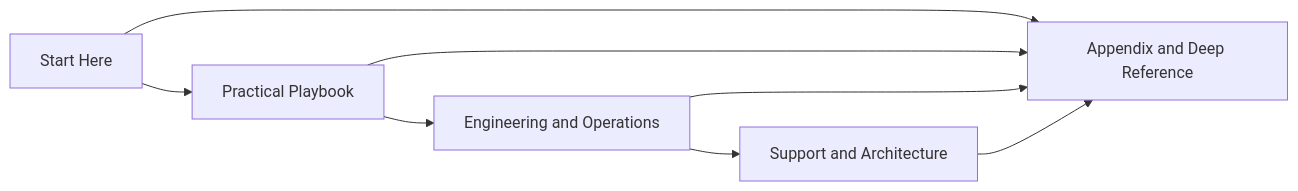
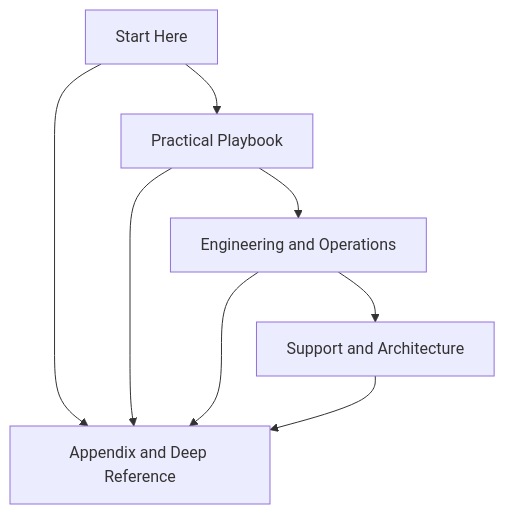
Before and after one commit to Nivratti/ekyc-face-liveness-playbook: the diagram in docs/index.md, drawn with Mermaid. The commit also changed 31 other files, not shown here.

Commit message:
docs: improve mermaid diagram readability by converting wide flows to vertical layouts

````diff
--- a/docs/index.md
+++ b/docs/index.md
@@ -83,10 +83,14 @@
 ```mermaid
-flowchart LR
-    A[Start Here] --> B[Practical Playbook]
-    B --> C[Engineering and Operations]
-    C --> D[Support and Architecture]
-    A --> E[Appendix and Deep Reference]
+flowchart TB
+    A[Start Here]
+    B[Practical Playbook]
+    C[Engineering and Operations]
+    D[Support and Architecture]
+    E[Appendix and Deep Reference]
+
+    A --> B --> C --> D
+    A --> E
     B --> E
     C --> E
     D --> E
 ```
````
